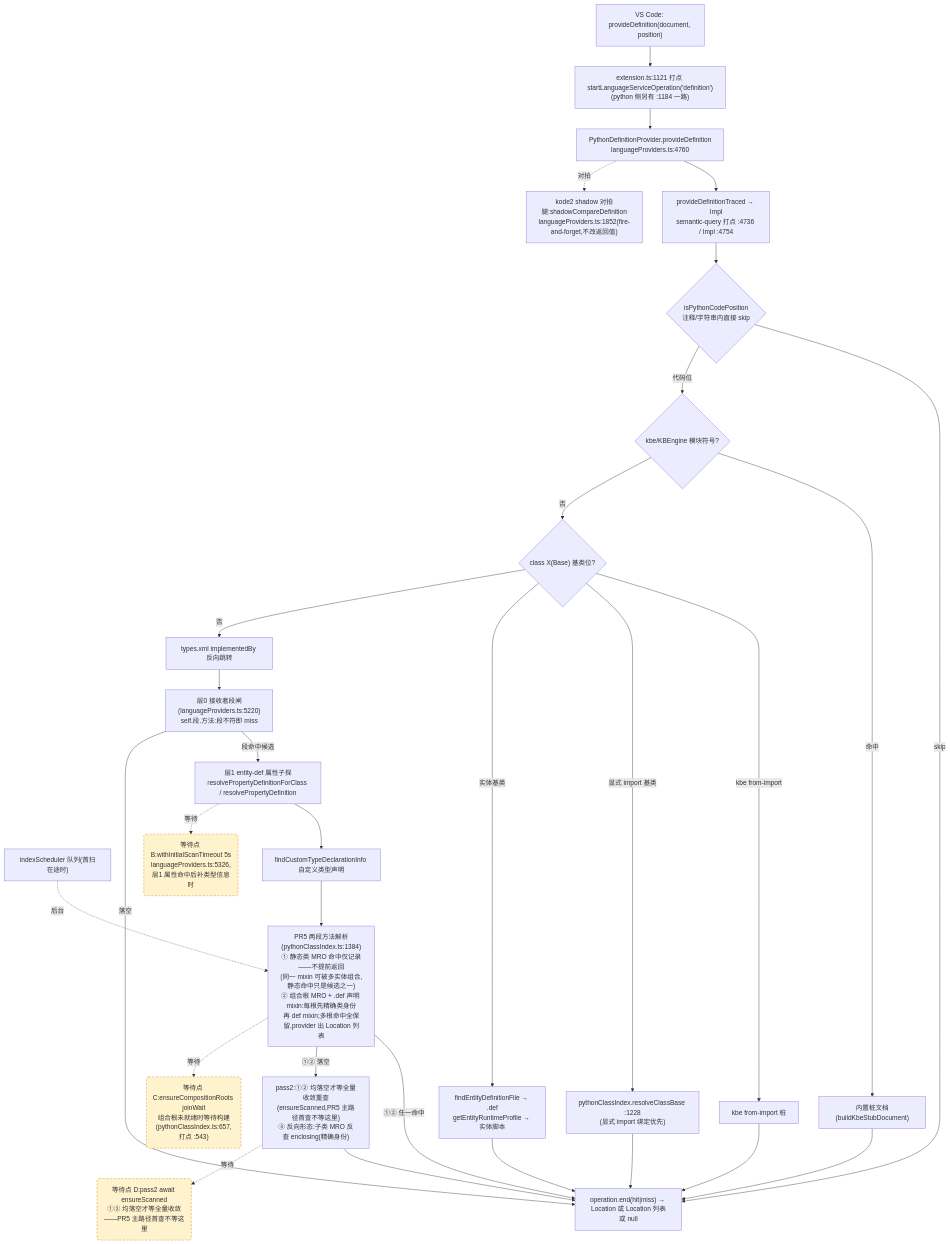
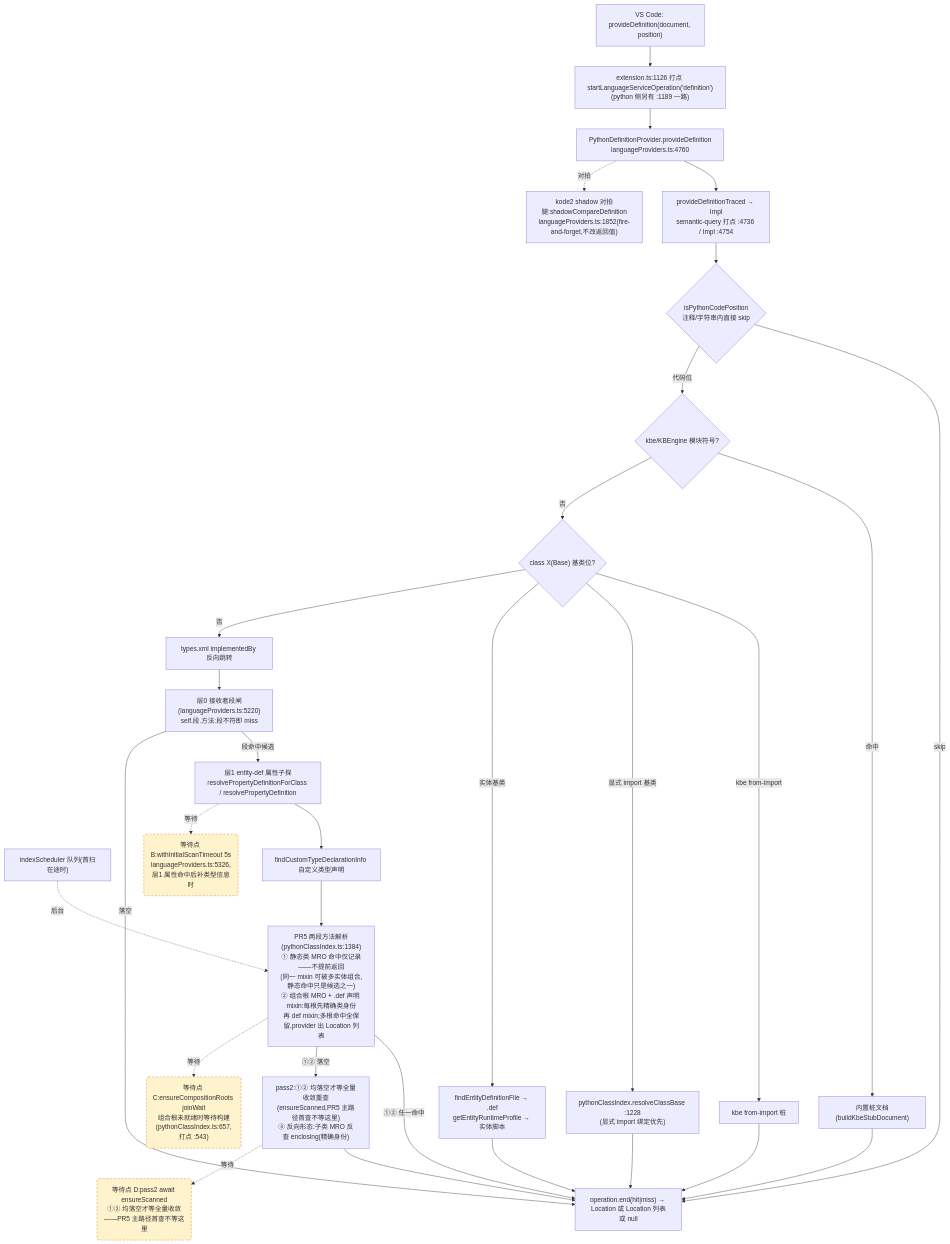
The second of 4 diagrams in docs/perf/2026-baseline.md (cuihairu/kode), drawn with Mermaid before and after one commit. The commit also changed other lines of this file and 16 other files, not shown here.

````diff
--- a/docs/perf/2026-baseline.md
+++ b/docs/perf/2026-baseline.md
@@ -130,51 +130,51 @@
 ```mermaid
 flowchart TD
   VC2["VS Code: provideDefinition(document, position)"]
-  M2["extension.ts:1121 打点 startLanguageServiceOperation('definition')<br/>(python 侧另有 :1184 一路)"]
+  M2["extension.ts:1126 打点 startLanguageServiceOperation('definition')<br/>(python 侧另有 :1189 一路)"]
   AD2["PythonDefinitionProvider.provideDefinition<br/>languageProviders.ts:4760"]
   TR["provideDefinitionTraced → Impl<br/>semantic-query 打点 :4736 / Impl :4754"]
   CTX{"isPythonCodePosition<br/>注释/字符串内直接 skip"}
   KBE{"kbe/KBEngine 模块符号?"}
   STUB["内置桩文档(buildKbeStubDocument)"]
   CB{"class X(Base) 基类位?"}
   CB1["kbe from-import 桩"]
   CB2["pythonClassIndex.resolveClassBase :1228<br/>(显式 import 绑定优先)"]
   CB3["findEntityDefinitionFile → .def<br/>getEntityRuntimeProfile → 实体脚本"]
   REV["types.xml implementedBy 反向跳转"]
   L0["层0 接收者段闸(languageProviders.ts:5220)<br/>self.段.方法:段不符即 miss"]
   L1["层1 entity-def 属性子探<br/>resolvePropertyDefinitionForClass / resolvePropertyDefinition"]
   SCAN["indexScheduler 队列(首扫在途时)"]
   TY["findCustomTypeDeclarationInfo 自定义类型声明"]
   MRO["PR5 两段方法解析(pythonClassIndex.ts:1384)<br/>① 静态类 MRO 命中仅记录——不提前返回<br/>(同一 mixin 可被多实体组合,静态命中只是候选之一)<br/>② 组合根 MRO + .def 声明 mixin:每根先精确类身份<br/>再 def mixin;多根命中全保留,provider 出 Location 列表"]
   PASS2["pass2:①② 均落空才等全量收敛重查<br/>(ensureScanned,PR5 主路径首查不等这里)<br/>③ 反向形态:子类 MRO 反查 enclosing(精确身份)"]
   SHD["kode2 shadow 对拍腿:shadowCompareDefinition<br/>languageProviders.ts:1852(fire-and-forget,不改返回值)"]
   END2["operation.end(hit|miss) → Location 或 Location 列表或 null"]
 
   VC2 --> M2 --> AD2 --> TR --> CTX
   CTX -- "skip" --> END2
   CTX -- "代码位" --> KBE
   KBE -- "命中" --> STUB --> END2
   KBE -- "否" --> CB
   CB -- "kbe from-import" --> CB1 --> END2
   CB -- "显式 import 基类" --> CB2 --> END2
   CB -- "实体基类" --> CB3 --> END2
   CB -- "否" --> REV --> L0
   L0 -- "段命中候选" --> L1
   L0 -- "落空" --> END2
   L1 --> TY
   TY --> MRO
   MRO -- "①② 任一命中" --> END2
   MRO -- "①② 落空" --> PASS2 --> END2
   AD2 -.->|对拍| SHD
 
   WAITB("等待点 B:withInitialScanTimeout 5s<br/>languageProviders.ts:5326,层1 属性命中后补类型信息时")
   WAITC("等待点 C:ensureCompositionRoots joinWait<br/>组合根未就绪时等待构建(pythonClassIndex.ts:657,打点 :543)")
   WAITD("等待点 D:pass2 await ensureScanned<br/>①② 均落空才等全量收敛——PR5 主路径首查不等这里")
   L1 -.->|等待| WAITB
   MRO -.->|等待| WAITC
   PASS2 -.->|等待| WAITD
   SCAN -.->|后台| MRO
 
   classDef waitPoint fill:#fff3cd,stroke:#d97706,stroke-dasharray:5 4;
   class WAITB,WAITC,WAITD waitPoint;
 ```
````
